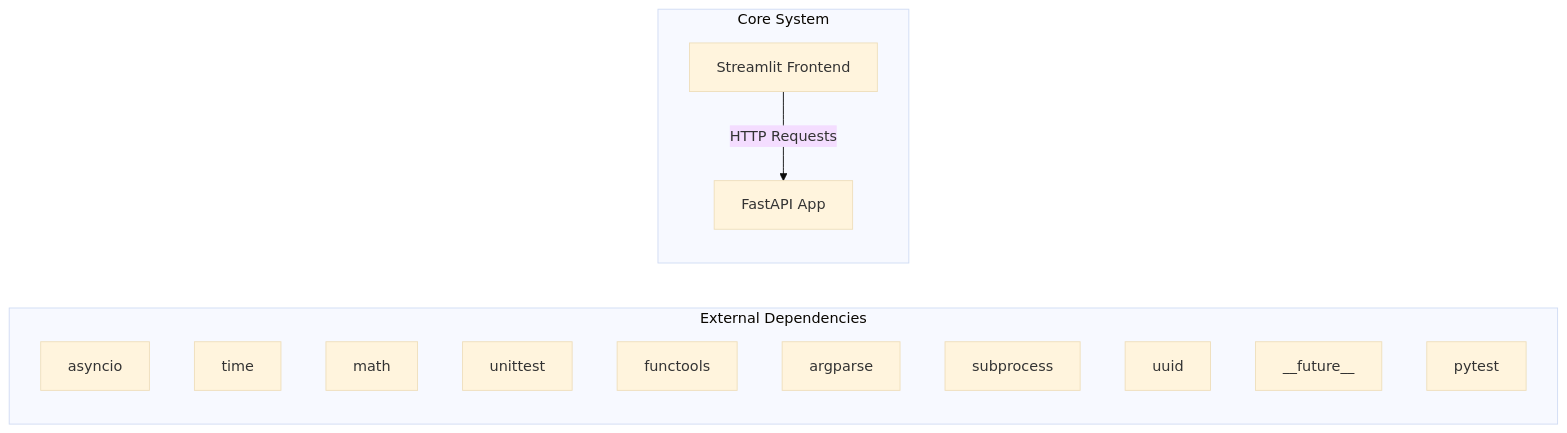
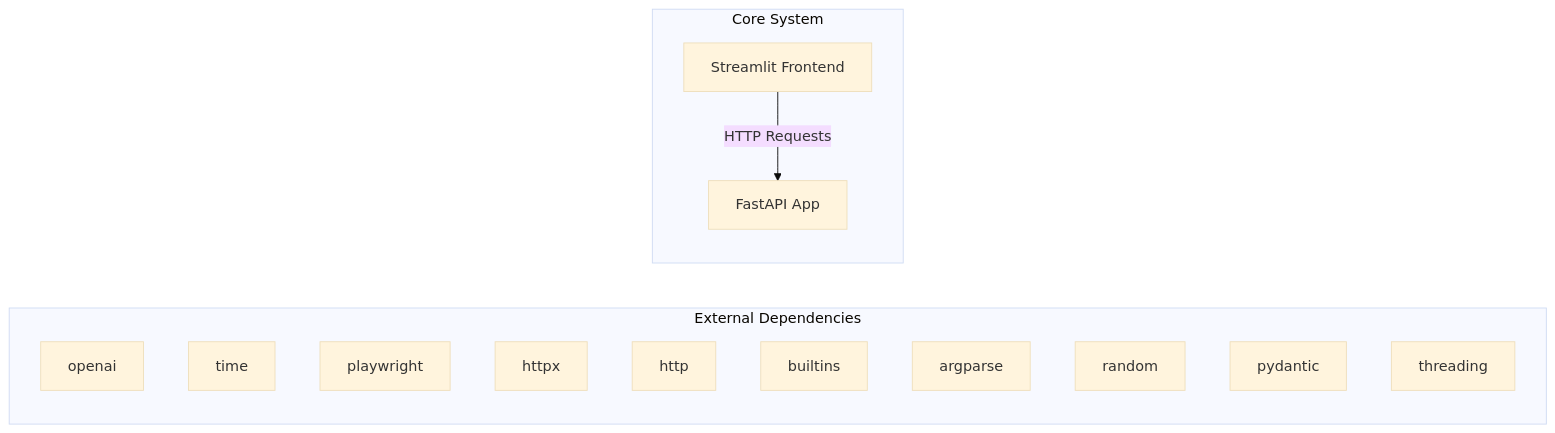
Before and after one commit to NITISH-R-G/rag-context-optimizer: the first of 2 diagrams in docs/architecture.md, drawn with Mermaid (base theme). The commit also changed 1 other file, not shown here.

Commit message:
docs: auto-update repository knowledge, architecture diagrams, and documentation

````diff
--- a/docs/architecture.md
+++ b/docs/architecture.md
@@ -7,20 +7,20 @@
 ```mermaid
 graph LR
     subgraph External Dependencies
-        E0["asyncio"]
+        E0["openai"]
         E1["time"]
-        E2["math"]
-        E3["unittest"]
-        E4["functools"]
-        E5["argparse"]
-        E6["subprocess"]
-        E7["uuid"]
-        E8["__future__"]
-        E9["pytest"]
+        E2["playwright"]
+        E3["httpx"]
+        E4["http"]
+        E5["builtins"]
+        E6["argparse"]
+        E7["random"]
+        E8["pydantic"]
+        E9["threading"]
     end
     subgraph Core System
         API["FastAPI App"]
         UI["Streamlit Frontend"]
     end
     UI -->|HTTP Requests| API
 ```
````
